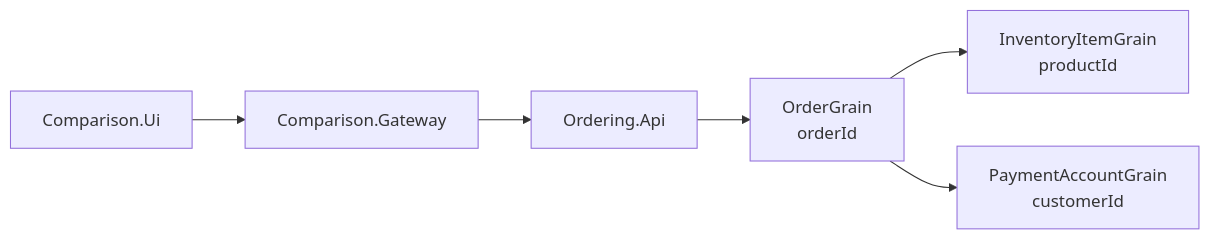
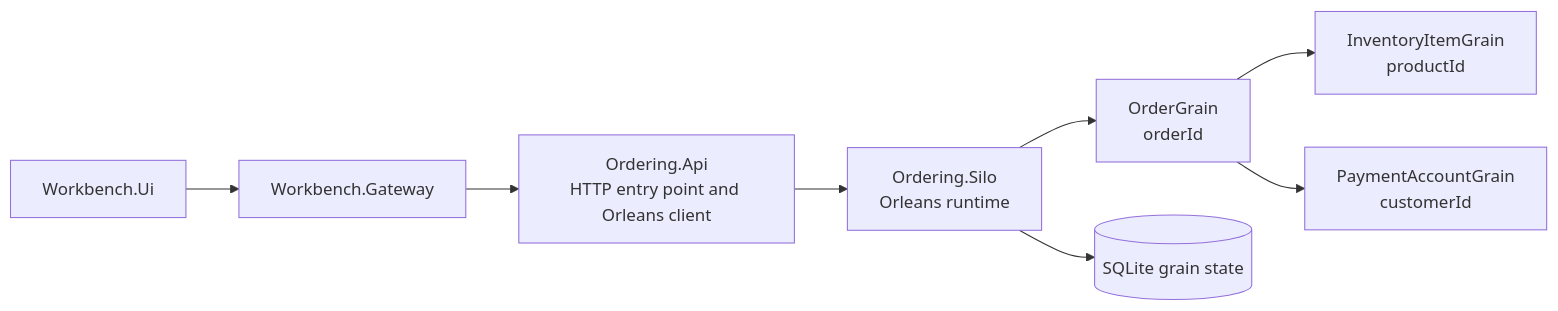
One commit to petesramek/microservices-vs-virtual-actors changed the second of 3 diagrams in docs/05-deployment-comparison.md. Above: the diagram before and after it, drawn with Mermaid. The commit also changed other lines of this file and 39 other files, not shown here.

````diff
--- a/docs/05-deployment-comparison.md
+++ b/docs/05-deployment-comparison.md
@@ -133,18 +119,19 @@
 ```mermaid
 flowchart LR
-    UI2[Comparison.Ui]
-    Gateway2[Comparison.Gateway]
-    OrderingApi[Ordering.Api]
-    OrderGrain[OrderGrain
-orderId]
-    InventoryGrain[InventoryItemGrain
-productId]
-    PaymentGrain[PaymentAccountGrain
-customerId]
+    UI[Workbench.Ui]
+    Gateway[Workbench.Gateway]
+    OrderingApi[Ordering.Api<br/>HTTP entry point and Orleans client]
+    OrderingSilo[Ordering.Silo<br/>Orleans runtime]
+    OrderGrain[OrderGrain<br/>orderId]
+    InventoryGrain[InventoryItemGrain<br/>productId]
+    PaymentGrain[PaymentAccountGrain<br/>customerId]
+    Storage[(SQLite grain state)]
 
-    UI2 --> Gateway2
-    Gateway2 --> OrderingApi
-    OrderingApi --> OrderGrain
+    UI --> Gateway
+    Gateway --> OrderingApi
+    OrderingApi --> OrderingSilo
+    OrderingSilo --> OrderGrain
     OrderGrain --> InventoryGrain
     OrderGrain --> PaymentGrain
+    OrderingSilo --> Storage
 ```
````
